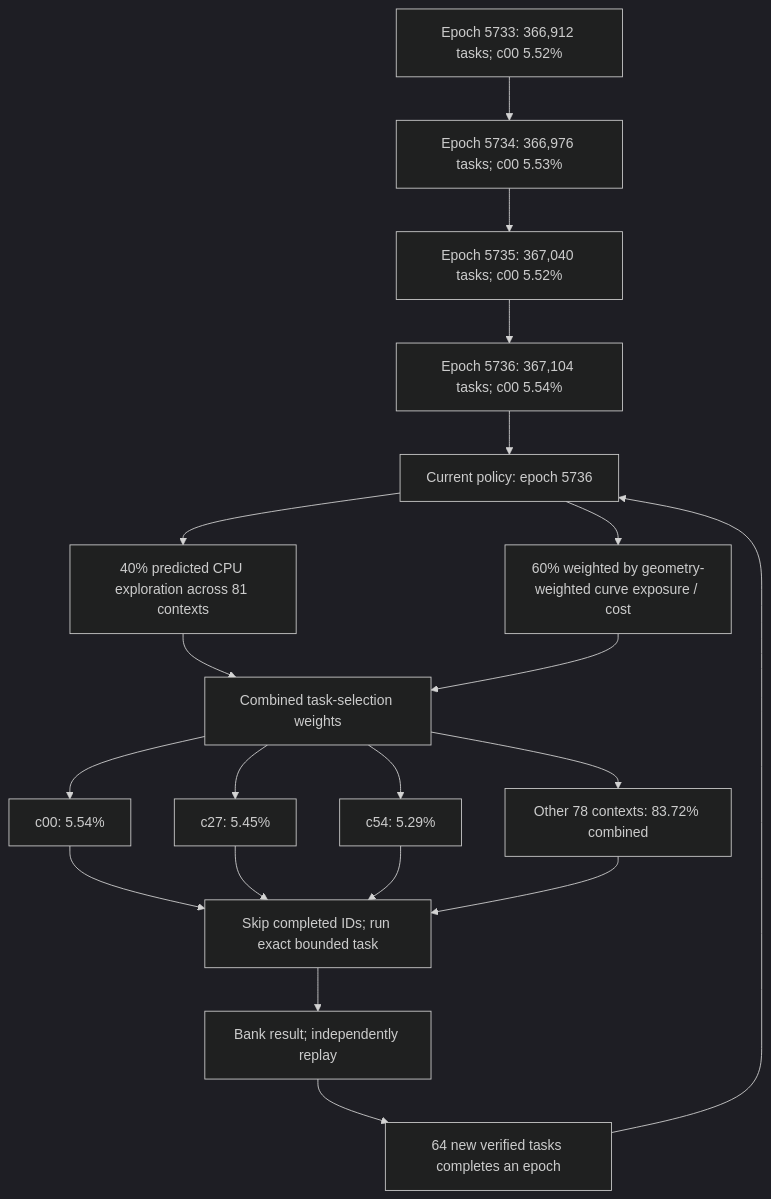
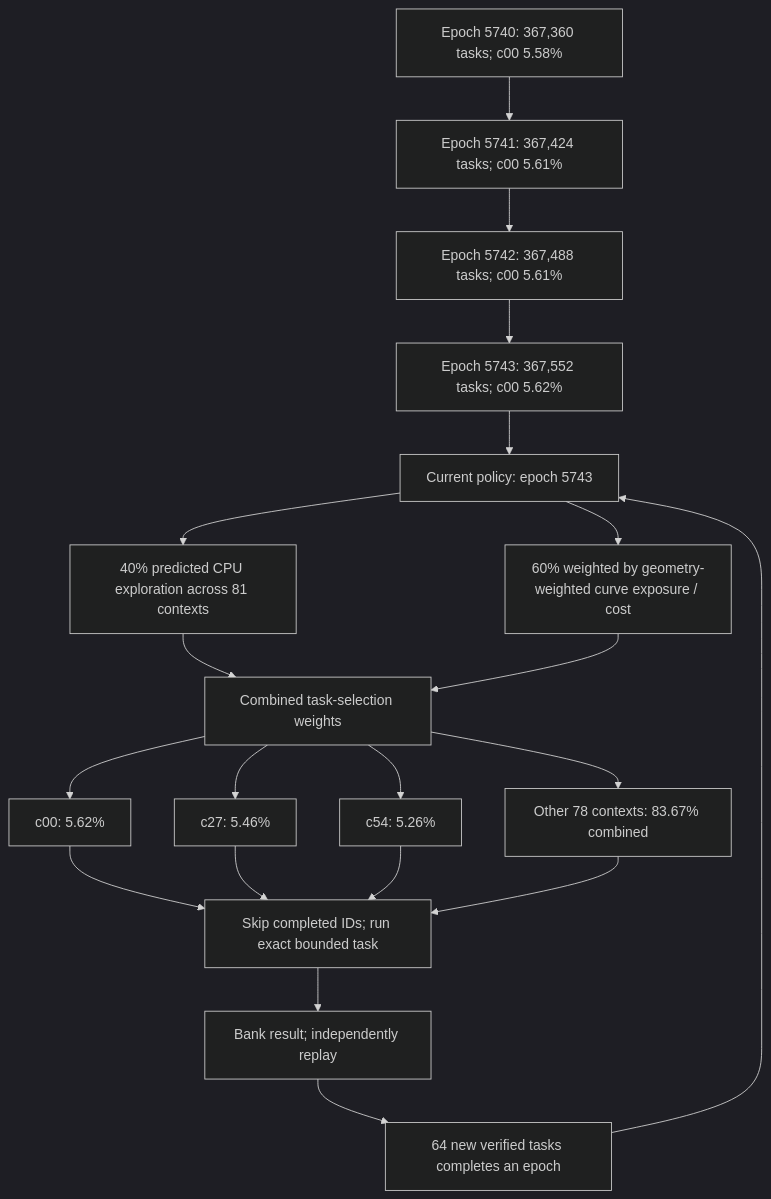
One commit to Kuberwastaken/math-gambling changed the first of 3 diagrams in README.md. Above: the diagram before and after it, drawn with Mermaid (dark theme). The commit also changed other lines of this file and 1818 other files, not shown here.

````diff
--- a/README.md
+++ b/README.md
@@ -60,27 +60,27 @@
 ```mermaid
 flowchart TD
-    H0["Epoch 5733: 366,912 tasks; c00 5.52%"]
-    H1["Epoch 5734: 366,976 tasks; c00 5.53%"]
+    H0["Epoch 5740: 367,360 tasks; c00 5.58%"]
+    H1["Epoch 5741: 367,424 tasks; c00 5.61%"]
     H0 --> H1
-    H2["Epoch 5735: 367,040 tasks; c00 5.52%"]
+    H2["Epoch 5742: 367,488 tasks; c00 5.61%"]
     H1 --> H2
-    H3["Epoch 5736: 367,104 tasks; c00 5.54%"]
+    H3["Epoch 5743: 367,552 tasks; c00 5.62%"]
     H2 --> H3
-    Policy["Current policy: epoch 5736"]
+    Policy["Current policy: epoch 5743"]
     H3 --> Policy
     Policy --> Explore["40% predicted CPU exploration across 81 contexts"]
     Policy --> Cost["60% weighted by geometry-weighted curve exposure / cost"]
     Explore --> Mix["Combined task-selection weights"]
     Cost --> Mix
-    Mix --> C0["c00: 5.54%"]
-    Mix --> C1["c27: 5.45%"]
-    Mix --> C2["c54: 5.29%"]
-    Mix --> Rest["Other 78 contexts: 83.72% combined"]
+    Mix --> C0["c00: 5.62%"]
+    Mix --> C1["c27: 5.46%"]
+    Mix --> C2["c54: 5.26%"]
+    Mix --> Rest["Other 78 contexts: 83.67% combined"]
     C0 --> Check["Skip completed IDs; run exact bounded task"]
     C1 --> Check
     C2 --> Check
     Rest --> Check
     Check --> Replay["Bank result; independently replay"]
     Replay --> Gate["64 new verified tasks completes an epoch"]
     Gate --> Policy
 ```
````
